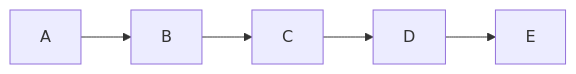
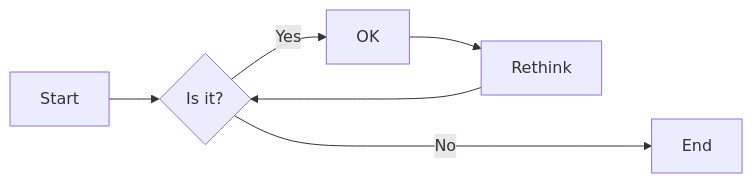
The diagram in README.md (yancong222/scriptscz), drawn with Mermaid before and after one commit.

````diff
--- a/README.md
+++ b/README.md
@@ -19,11 +19,12 @@
 ```mermaid
 flowchart LR
-    A-->B
-    B-->C
-    C-->D
-    D-->E
+    A[Start] --> B{Is it?}
+    B -- Yes --> C[OK]
+    C --> D[Rethink]
+    D --> B
+    B -- No ----> E[End]
     click A "https://github.com/yancong222/scriptscz/blob/main/perplexity/ed_perplexity.py" _blank
     click B "http://www.github.com" "Open this in a new tab" _blank
     click C href "http://www.github.com" _blank
     click D href "http://www.github.com" "Open this in a new tab" _blank
 ```
````
